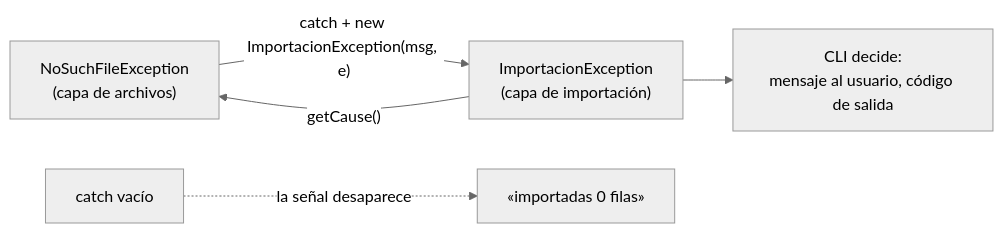
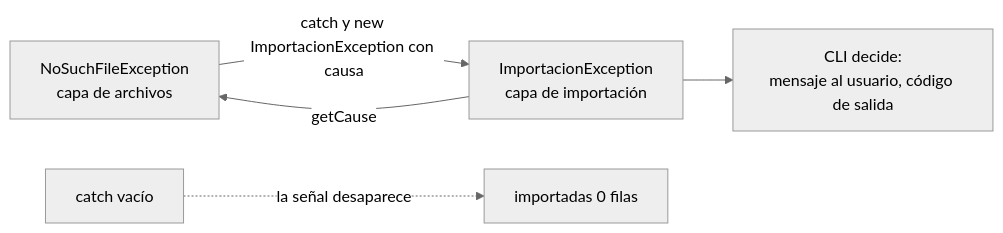
Before and after one commit to NICORUIZ93/The_Imperial_Book: the third of 3 diagrams in web/public/content/java/modulo-3.md, drawn with Mermaid (neutral theme). The commit also changed other lines of this file and 65 other files, not shown here.

````diff
--- a/web/public/content/java/modulo-3.md
+++ b/web/public/content/java/modulo-3.md
@@ -705,7 +953,7 @@
 ```mermaid
 flowchart LR
-  IO["NoSuchFileException<br/>(capa de archivos)"] -->|"catch + new ImportacionException(msg, e)"| IMP["ImportacionException<br/>(capa de importación)"]
-  IMP -->|"getCause()"| IO
+  IO["NoSuchFileException<br/>capa de archivos"] -->|"catch y new ImportacionException con causa"| IMP["ImportacionException<br/>capa de importación"]
+  IMP -->|"getCause"| IO
   IMP --> CLI["CLI decide:<br/>mensaje al usuario, código de salida"]
-  X["catch vacío"] -.->|"la señal desaparece"| N["«importadas 0 filas»"]
+  X["catch vacío"] -.->|"la señal desaparece"| N["importadas 0 filas"]
 ```
````
